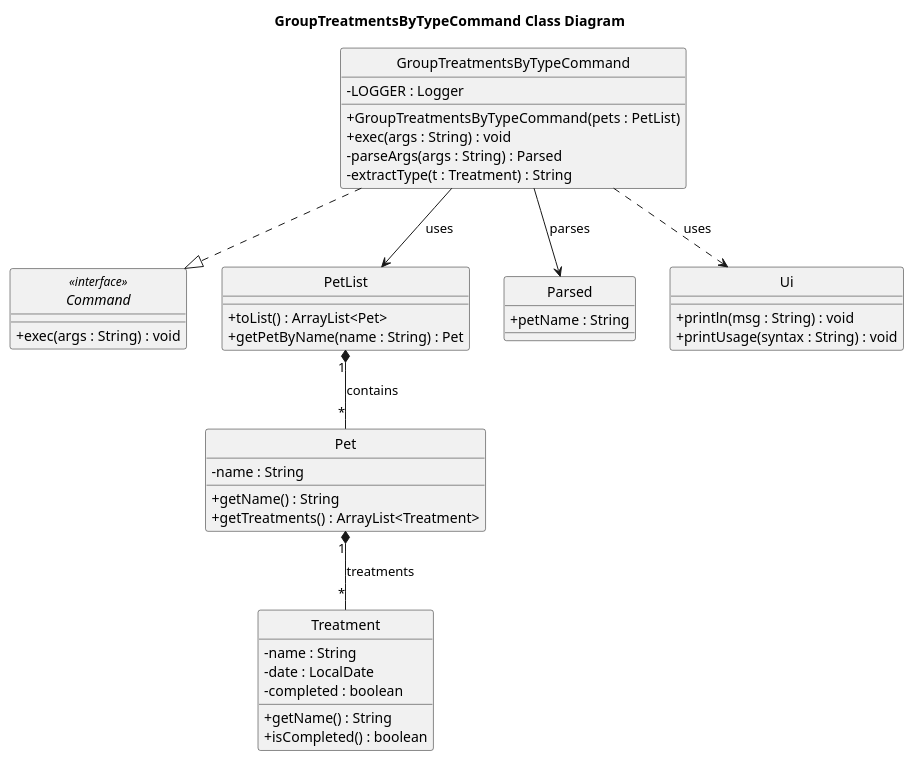
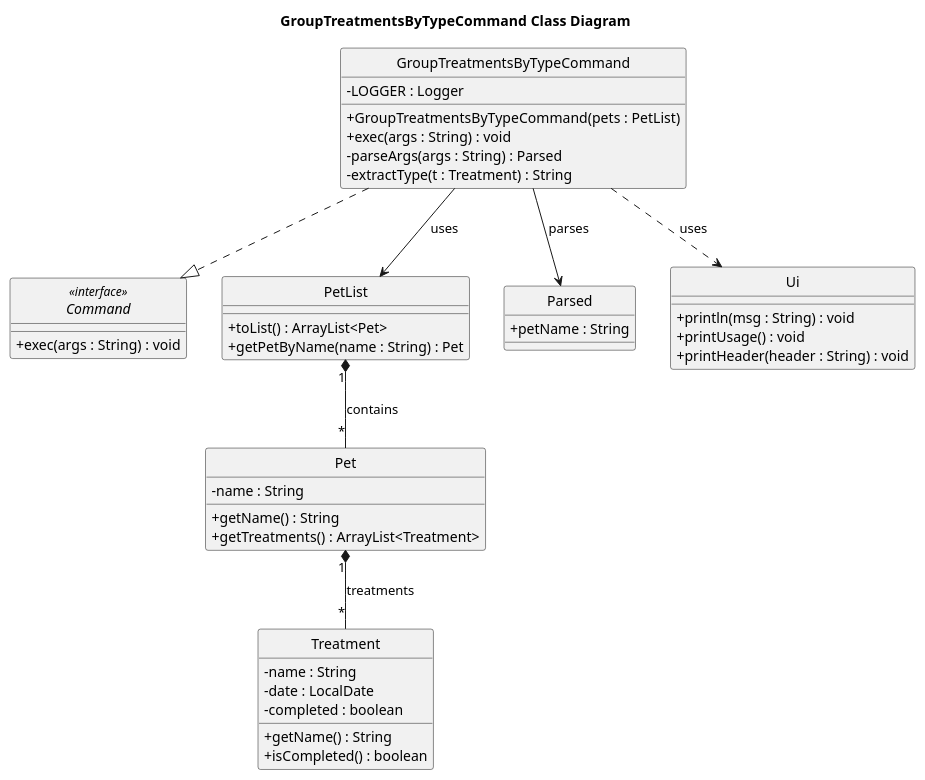
Before and after one commit to Kevin88866/tp: the diagram in docs/uml/GroupTreatmentsByTypeCommand_Class_Diagram.puml, drawn with PlantUML. The commit also changed 9 other files, not shown here.

```diff
--- a/docs/uml/GroupTreatmentsByTypeCommand_Class_Diagram.puml
+++ b/docs/uml/GroupTreatmentsByTypeCommand_Class_Diagram.puml
@@ -1,51 +1,52 @@
 @startuml
 skinparam classAttributeIconSize 0
 title GroupTreatmentsByTypeCommand Class Diagram
 hide circle
 
 interface Command <<interface>>{
   +exec(args : String) : void
 }
 
 class GroupTreatmentsByTypeCommand {
   -LOGGER : Logger
   +GroupTreatmentsByTypeCommand(pets : PetList)
   +exec(args : String) : void
   -parseArgs(args : String) : Parsed
   -extractType(t : Treatment) : String
 }
 
 class PetList {
   +toList() : ArrayList<Pet>
   +getPetByName(name : String) : Pet
 }
 
 class Pet {
   -name : String
   +getName() : String
   +getTreatments() : ArrayList<Treatment>
 }
 
 class Treatment {
   -name : String
   -date : LocalDate
   -completed : boolean
   +getName() : String
   +isCompleted() : boolean
 }
 
 class Parsed {
   +petName : String
 }
 
 GroupTreatmentsByTypeCommand ..|> Command
 GroupTreatmentsByTypeCommand --> PetList : uses
 PetList "1" *-- "*" Pet : contains
 Pet "1" *-- "*" Treatment : treatments
 GroupTreatmentsByTypeCommand --> Parsed : parses
 class Ui {
   +println(msg : String) : void
-  +printUsage(syntax : String) : void
+  +printUsage() : void
+  +printHeader(header : String) : void
 }
 GroupTreatmentsByTypeCommand ..> Ui : uses
 @enduml
```
